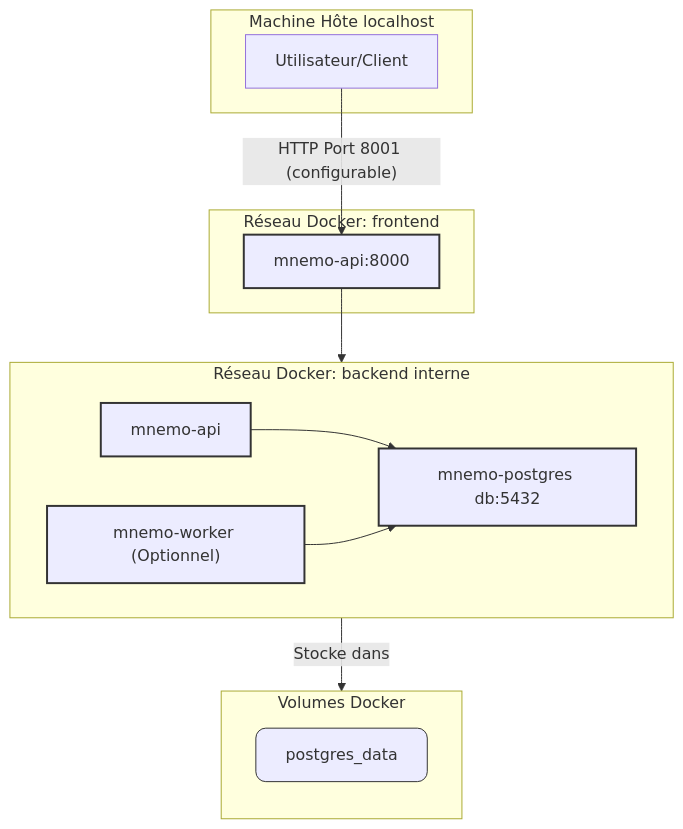
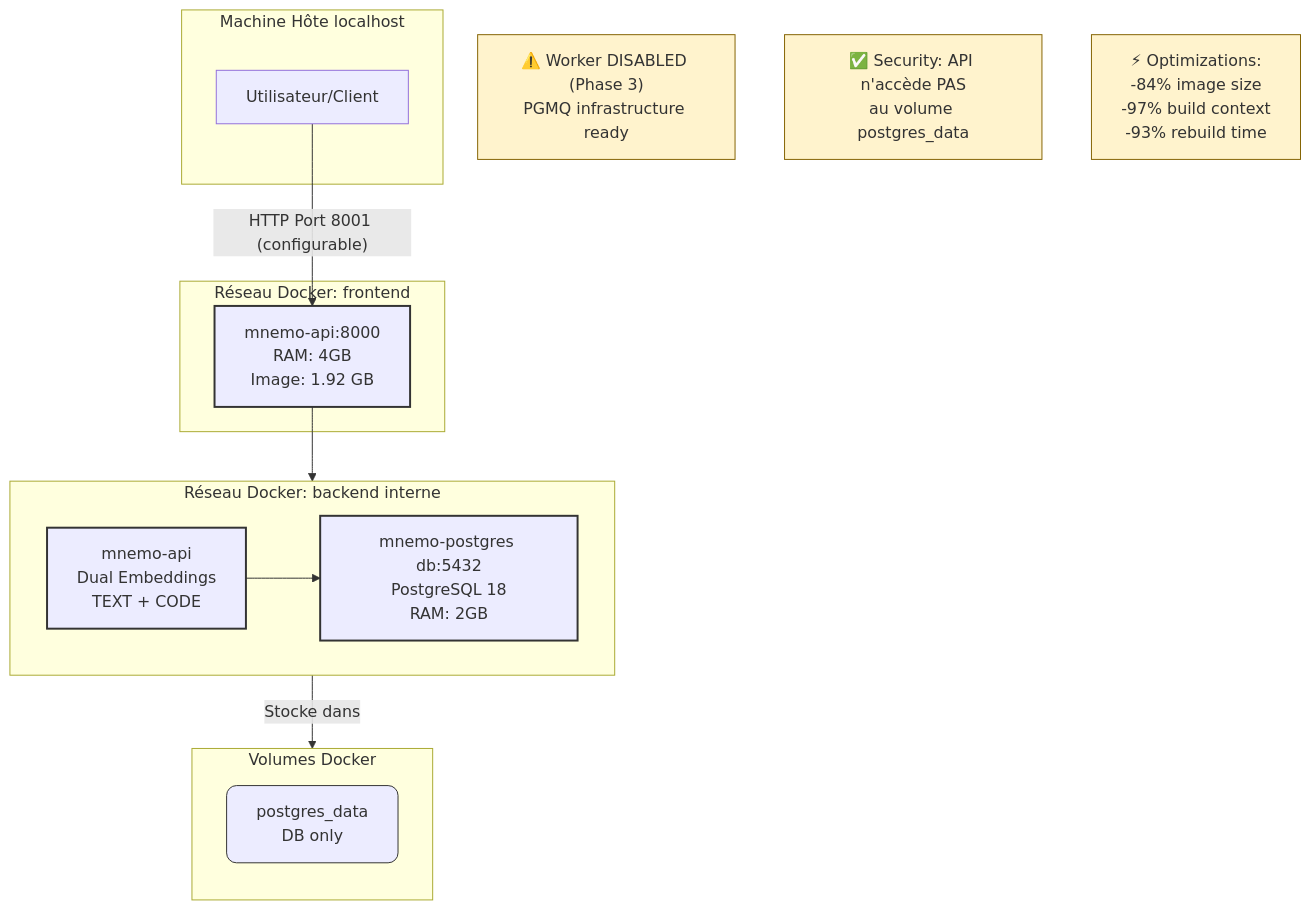
Before and after one commit to giak/mnemo-lite: the diagram in docs/docker_setup.md, drawn with Mermaid. The commit also changed other lines of this file and 9 other files, not shown here.

````diff
--- a/docs/docker_setup.md
+++ b/docs/docker_setup.md
@@ -17,42 +17,44 @@
 ```mermaid
 graph TD
     subgraph "Machine Hôte localhost"
         User[Utilisateur/Client]
     end
 
     subgraph "Réseau Docker: frontend"
-        API[mnemo-api:8000]
+        API[mnemo-api:8000<br/>RAM: 4GB<br/>Image: 1.92 GB]
     end
-    
+
     subgraph "Réseau Docker: backend interne"
         direction LR
-        API_Backend[mnemo-api]
-        Worker["mnemo-worker (Optionnel)"]
-        Postgres[mnemo-postgres db:5432]
-        
+        API_Backend[mnemo-api<br/>Dual Embeddings<br/>TEXT + CODE]
+        Postgres[mnemo-postgres db:5432<br/>PostgreSQL 18<br/>RAM: 2GB]
+
         API_Backend --> Postgres
-        Worker --> Postgres
     end
 
     subgraph "Volumes Docker"
         direction TB
-        Postgres_Data[postgres_data]
+        Postgres_Data[postgres_data<br/>DB only]
     end
 
     User -- "HTTP Port 8001 (configurable)" --> API
     API --> API_Backend
 
     Postgres -- "Stocke dans" --> Postgres_Data
-    
+
+    Note1["⚠️ Worker DISABLED (Phase 3)<br/>PGMQ infrastructure ready"]
+    Note2["✅ Security: API n'accède PAS<br/>au volume postgres_data"]
+    Note3["⚡ Optimizations:<br/>-84% image size<br/>-97% build context<br/>-93% rebuild time"]
+
     classDef internal fill:#f9f,stroke:#333,stroke-width:2px;
     classDef volume fill:#lightgrey,stroke:#333,stroke-width:1px,rx:10,ry:10;
     classDef db fill:#lightblue,stroke:#333,stroke-width:2px;
     classDef api fill:#lightgreen,stroke:#333,stroke-width:2px;
-    classDef worker fill:#orange,stroke:#333,stroke-width:2px;
+    classDef note fill:#fff3cd,stroke:#856404,stroke-width:1px;
 
     class Postgres db;
     class API,API_Backend api;
-    class Worker worker;
     class Postgres_Data volume;
     class backend internal;
+    class Note1,Note2,Note3 note;
 ```
````
